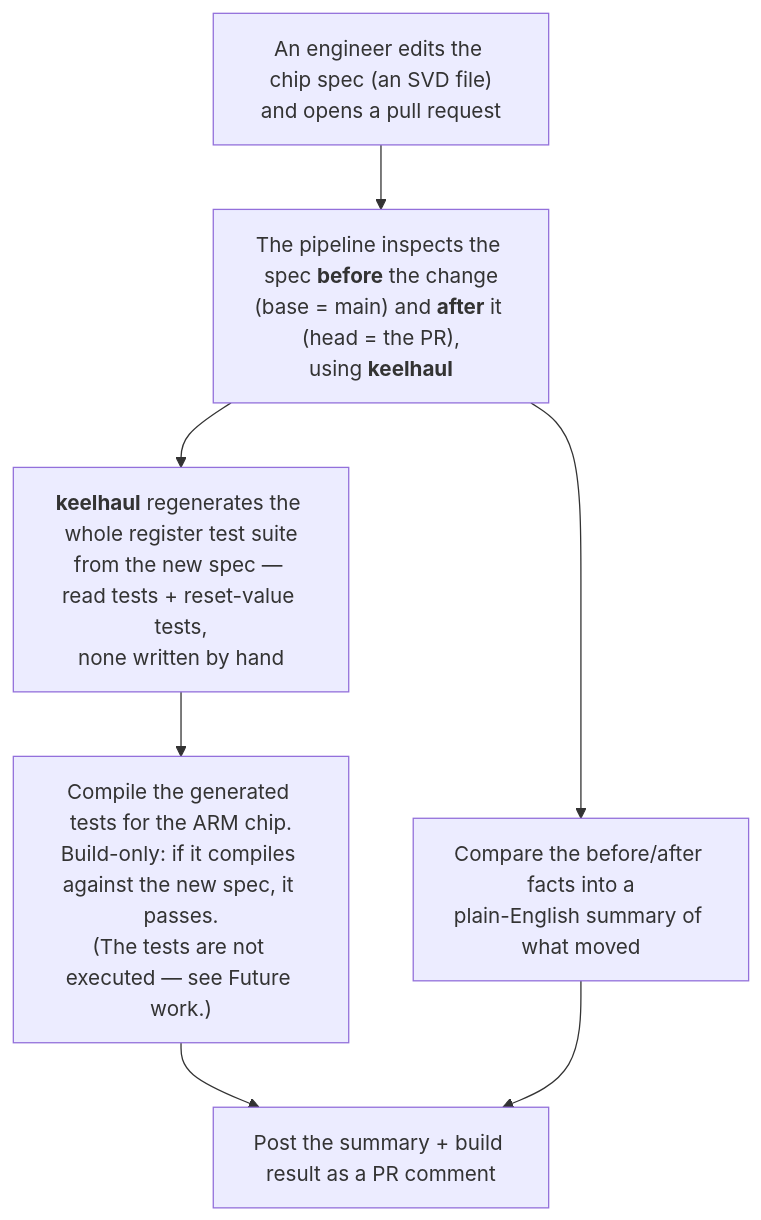
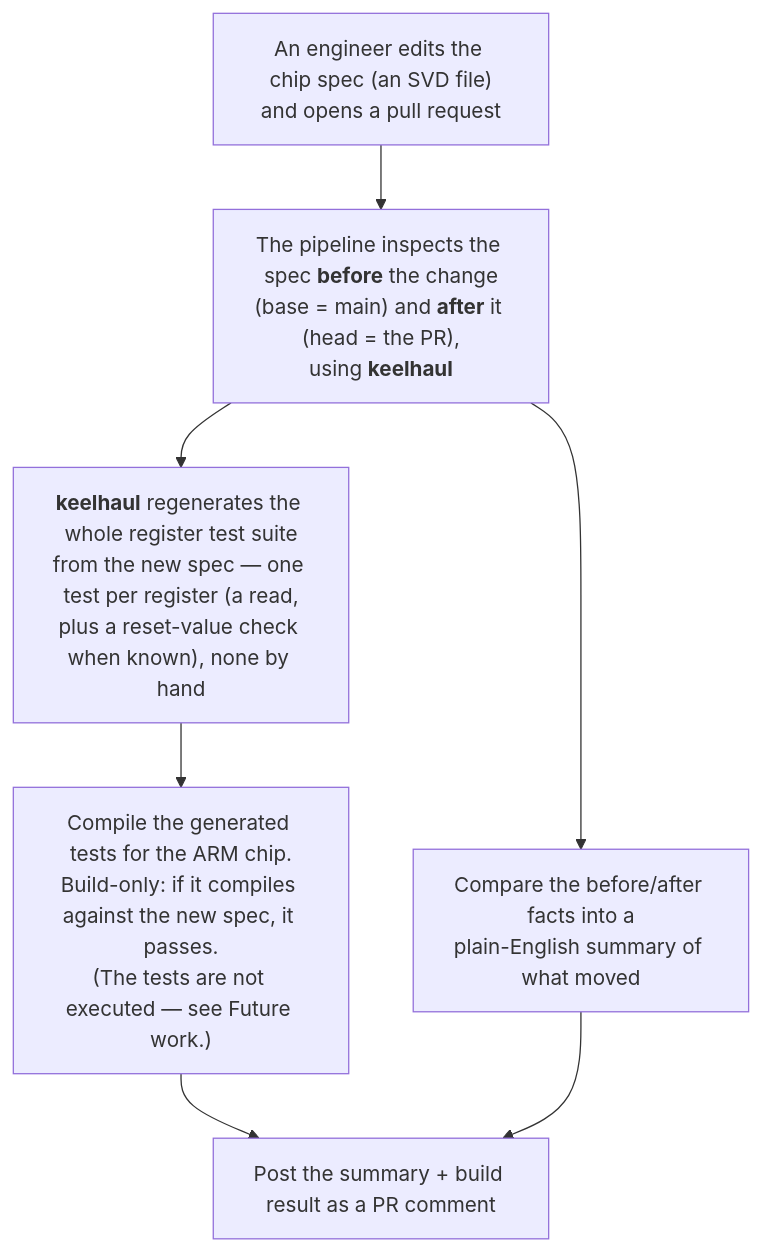
The diagram in README.md (Tabrez-dev/Spec-Driven-Register-Verification-Pipeline), drawn with Mermaid before and after one commit. The commit also changed other lines of this file, not shown here.

Commit message:
docs: cite the keelhaul NorCAS paper; clarify one-test-per-register semantics

````diff
--- a/README.md
+++ b/README.md
@@ -59,10 +59,10 @@
 ```mermaid
 flowchart TB
     A["An engineer edits the chip spec (an SVD file)<br/>and opens a pull request"]
     A --> B["The pipeline inspects the spec <b>before</b> the change<br/>(base = main) and <b>after</b> it (head = the PR),<br/>using <b>keelhaul</b>"]
-    B --> C["<b>keelhaul</b> regenerates the whole register test suite<br/>from the new spec — read tests + reset-value tests,<br/>none written by hand"]
+    B --> C["<b>keelhaul</b> regenerates the whole register test suite<br/>from the new spec — one test per register (a read,<br/>plus a reset-value check when known), none by hand"]
     B --> D["Compare the before/after facts into a<br/>plain-English summary of what moved"]
     C --> E["Compile the generated tests for the ARM chip.<br/>Build-only: if it compiles against the new spec, it passes.<br/>(The tests are not executed — see Future work.)"]
     E --> F["Post the summary + build result as a PR comment"]
     D --> F
 ```
````
